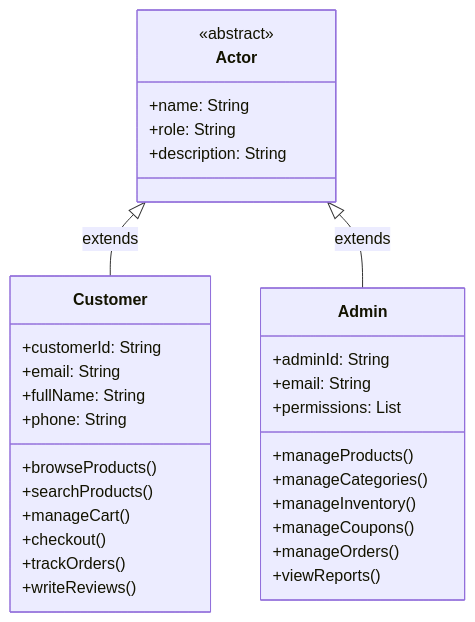
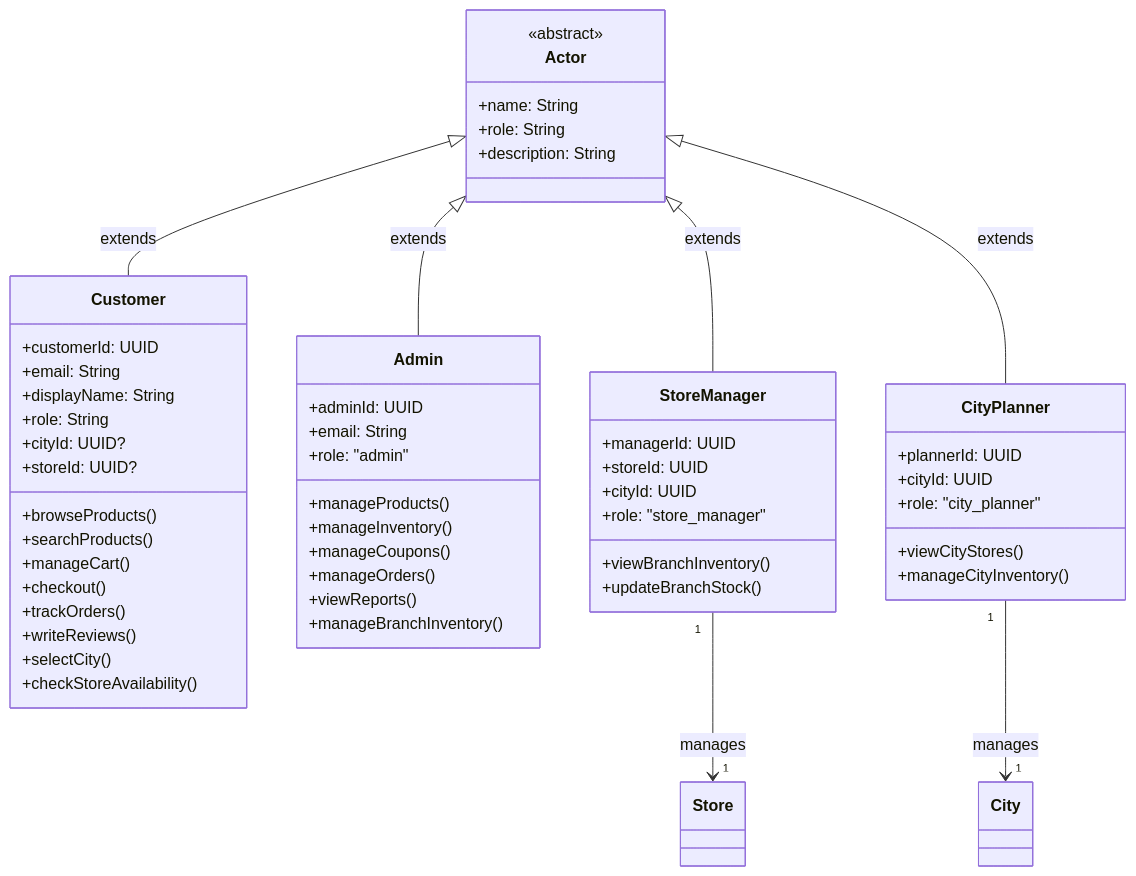
Before and after one commit to DanhTrannn/TLCN: the first of 58 diagrams in docs/design-analysis/OOSAD_ANALYSIS.md, drawn with Mermaid. The commit also changed other lines of this file, not shown here.

````diff
--- a/docs/design-analysis/OOSAD_ANALYSIS.md
+++ b/docs/design-analysis/OOSAD_ANALYSIS.md
@@ -53,37 +55,63 @@
 ```mermaid
 classDiagram
     class Actor {
         <<abstract>>
         +name: String
         +role: String
         +description: String
     }
     
     class Customer {
-        +customerId: String
+        +customerId: UUID
         +email: String
-        +fullName: String
-        +phone: String
+        +displayName: String
+        +role: String
+        +cityId: UUID?
+        +storeId: UUID?
         +browseProducts()
         +searchProducts()
         +manageCart()
         +checkout()
         +trackOrders()
         +writeReviews()
+        +selectCity()
+        +checkStoreAvailability()
     }
     
     class Admin {
-        +adminId: String
+        +adminId: UUID
         +email: String
-        +permissions: List
+        +role: "admin"
         +manageProducts()
-        +manageCategories()
         +manageInventory()
         +manageCoupons()
         +manageOrders()
         +viewReports()
+        +manageBranchInventory()
+    }
+    
+    class StoreManager {
+        +managerId: UUID
+        +storeId: UUID
+        +cityId: UUID
+        +role: "store_manager"
+        +viewBranchInventory()
+        +updateBranchStock()
+    }
+    
+    class CityPlanner {
+        +plannerId: UUID
+        +cityId: UUID
+        +role: "city_planner"
+        +viewCityStores()
+        +manageCityInventory()
     }
     
     Actor <|-- Customer : extends
     Actor <|-- Admin : extends
+    Actor <|-- StoreManager : extends
+    Actor <|-- CityPlanner : extends
+    
+    StoreManager "1" --> "1" Store : manages
+    CityPlanner "1" --> "1" City : manages
 ```
````
